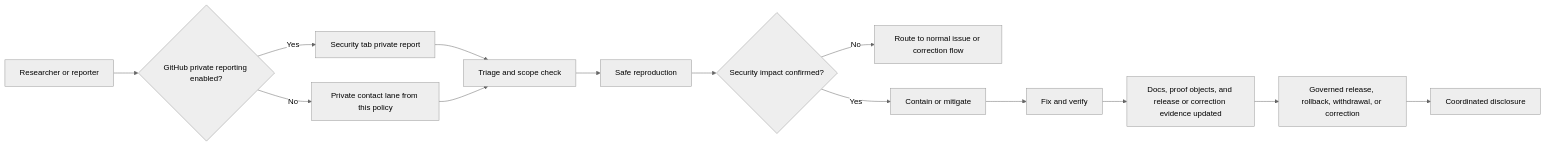
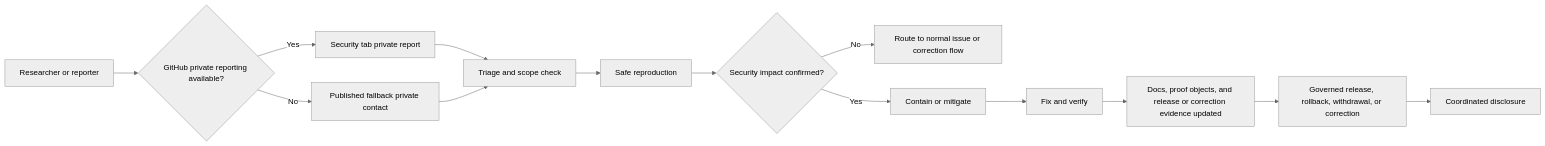
One commit to bartytime4life/Kansas-Frontier-Matrix changed the diagram in .github/SECURITY.md. Above: the diagram before and after it, drawn with Mermaid (neutral theme). The commit also changed other lines of this file, not shown here.

````diff
--- a/.github/SECURITY.md
+++ b/.github/SECURITY.md
@@ -253,16 +255,16 @@
 ```mermaid
 flowchart LR
-    A[Researcher or reporter] --> B{GitHub private reporting enabled?}
+    A[Researcher or reporter] --> B{GitHub private reporting available?}
     B -- Yes --> C[Security tab private report]
-    B -- No --> D[Private contact lane from this policy]
+    B -- No --> D[Published fallback private contact]
     C --> E[Triage and scope check]
     D --> E
     E --> F[Safe reproduction]
     F --> G{Security impact confirmed?}
     G -- No --> H[Route to normal issue or correction flow]
     G -- Yes --> I[Contain or mitigate]
     I --> J[Fix and verify]
     J --> K[Docs, proof objects, and release or correction evidence updated]
     K --> L[Governed release, rollback, withdrawal, or correction]
     L --> M[Coordinated disclosure]
 ```
````
